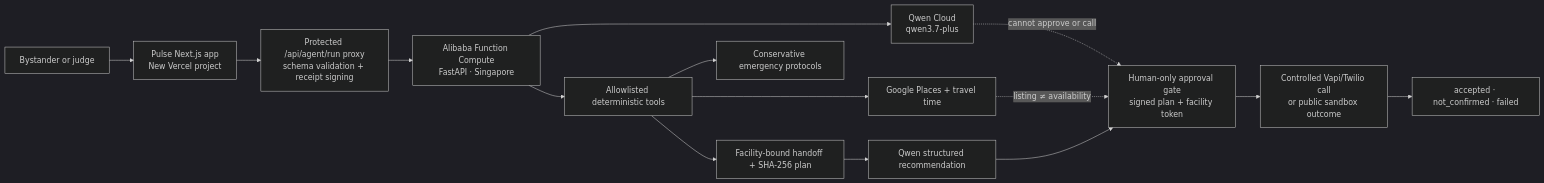
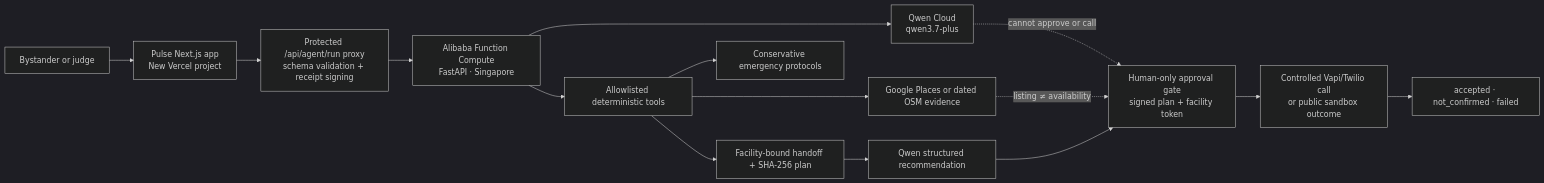
Before and after one commit to 13shreyansh/pulse-qwen-autopilot: the diagram in docs/architecture.mmd, drawn with Mermaid (dark theme). The commit also changed 16 other files, not shown here.

```diff
--- a/docs/architecture.mmd
+++ b/docs/architecture.mmd
@@ -1,16 +1,16 @@
 flowchart LR
     U["Bystander or judge"] --> V["Pulse Next.js app<br/>New Vercel project"]
     V --> P["Protected /api/agent/run proxy<br/>schema validation + receipt signing"]
     P --> F["Alibaba Function Compute<br/>FastAPI · Singapore"]
     F --> Q["Qwen Cloud<br/>qwen3.7-plus"]
     F --> T["Allowlisted deterministic tools"]
     T --> S["Conservative emergency protocols"]
-    T --> G["Google Places + travel time"]
+    T --> G["Google Places or dated OSM evidence"]
     T --> H["Facility-bound handoff + SHA-256 plan"]
     H --> R["Qwen structured recommendation"]
     R --> A["Human-only approval gate<br/>signed plan + facility token"]
     A --> C["Controlled Vapi/Twilio call<br/>or public sandbox outcome"]
     C --> O["accepted · not_confirmed · failed"]
 
     Q -. "cannot approve or call" .-> A
     G -. "listing ≠ availability" .-> A
```
